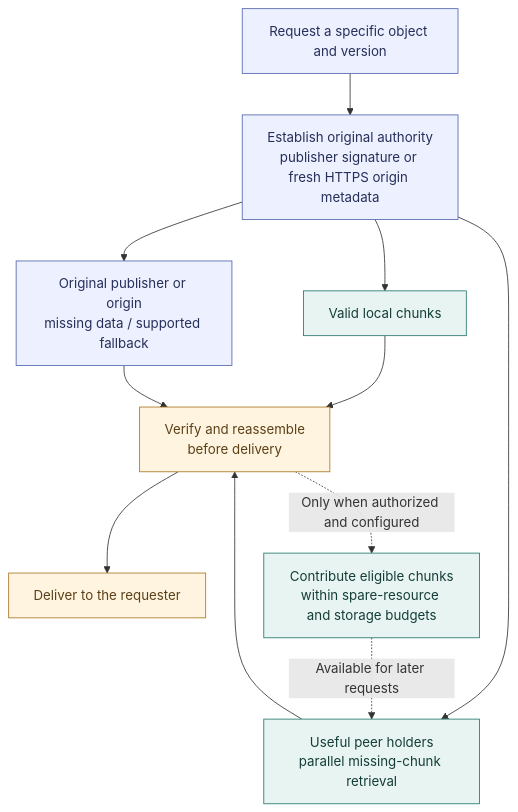
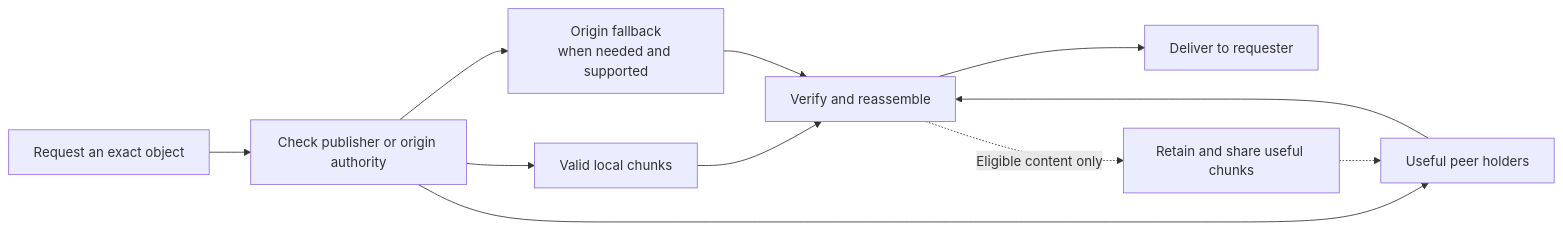
The second of 3 diagrams in README.md (VOLPAROSSA/volparossa), drawn with Mermaid before and after one commit. The commit also changed other lines of this file and 6 other files, not shown here.

````diff
--- a/README.md
+++ b/README.md
@@ -204,29 +147,13 @@
 ```mermaid
-flowchart TB
-    Q["Request a specific object and version"]
-    A["Establish original authority<br/>publisher signature or fresh HTTPS origin metadata"]
-    L["Valid local chunks"]
-    P["Useful peer holders<br/>parallel missing-chunk retrieval"]
-    O["Original publisher or origin<br/>missing data / supported fallback"]
-    V["Verify and reassemble<br/>before delivery"]
-    U["Deliver to the requester"]
-    S["Contribute eligible chunks<br/>within spare-resource and storage budgets"]
-
-    Q --> A
-    A --> L
-    A --> P
-    A --> O
-    L --> V
+flowchart LR
+    Q["Request an exact object"] --> A["Check publisher or origin authority"]
+    A --> L["Valid local chunks"]
+    A --> P["Useful peer holders"]
+    A --> O["Origin fallback<br/>when needed and supported"]
+    L --> V["Verify and reassemble"]
     P --> V
     O --> V
-    V --> U
-    V -.->|"Only when authorized and configured"| S
-    S -.->|"Available for later requests"| P
-
-    classDef source fill:#edf0ff,stroke:#5264ad,color:#252f58;
-    classDef shared fill:#e8f4f2,stroke:#24766c,color:#143d37;
-    classDef verified fill:#fff4df,stroke:#a97724,color:#5b4017;
-    class Q,A,O source;
-    class L,P,S shared;
-    class V,U verified;
+    V --> U["Deliver to requester"]
+    V -.->|"Eligible content only"| S["Retain and share useful chunks"]
+    S -.-> P
 ```
````
